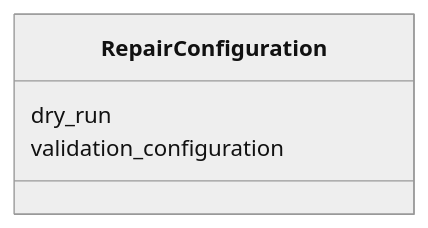
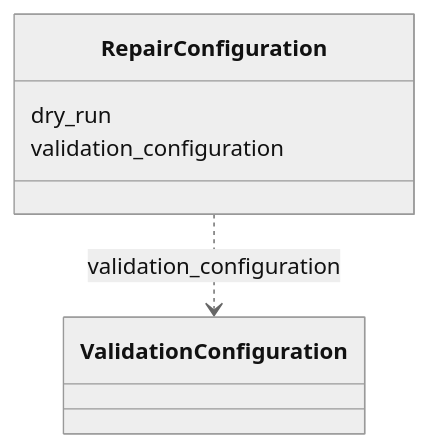
The diagram in validation/RepairConfiguration.md (INCATools/ontology-access-kit), drawn with Mermaid (neutral theme) before and after one commit. The commit also changed other lines of this file and 1783 other files, not shown here.

````diff
--- a/validation/RepairConfiguration.md
+++ b/validation/RepairConfiguration.md
@@ -11,7 +11,11 @@
 ```{mermaid}
  classDiagram
     class RepairConfiguration
       RepairConfiguration : dry_run
+        
       RepairConfiguration : validation_configuration
+        
+          RepairConfiguration ..> ValidationConfiguration : validation_configuration
+        
       
 ```
````
